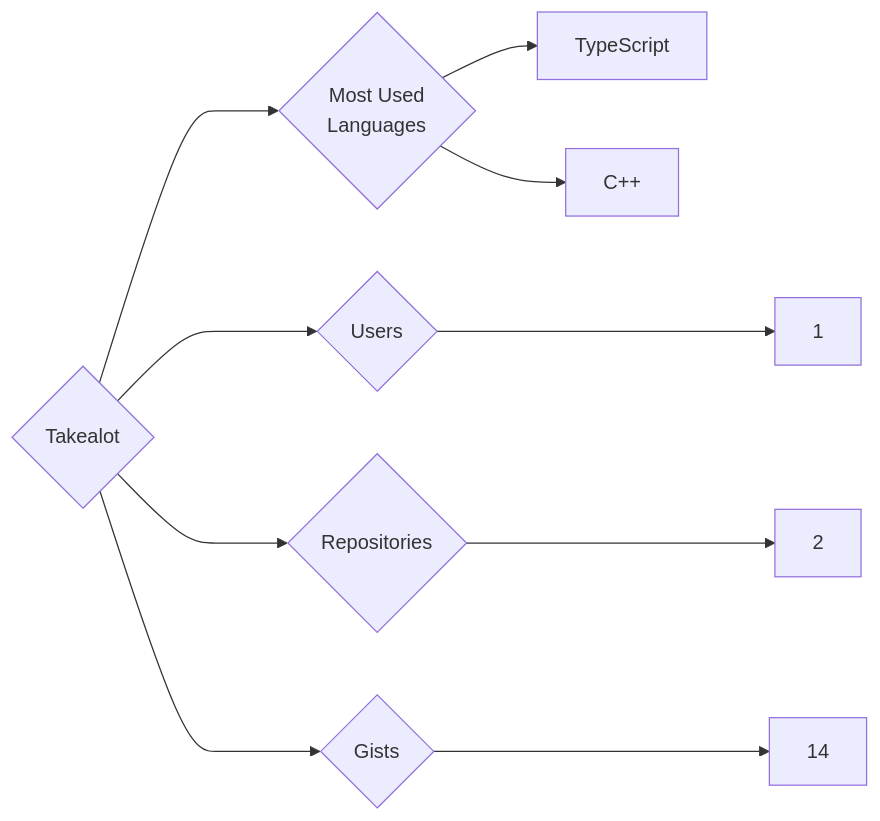
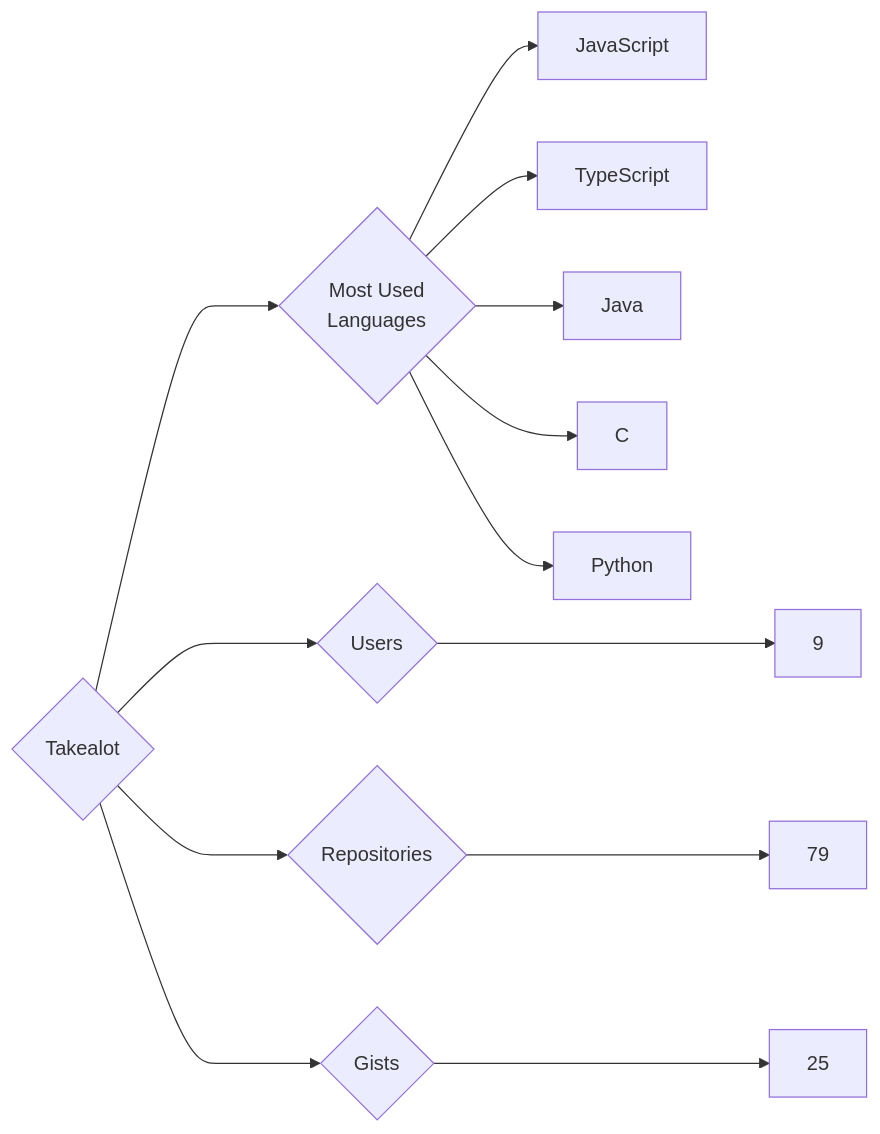
One commit to trickest/insiders changed the diagram in targets/Takealot/README.md. Above: the diagram before and after it, drawn with Mermaid. The commit also changed 912 other files, not shown here.

````diff
--- a/targets/Takealot/README.md
+++ b/targets/Takealot/README.md
@@ -3,10 +3,13 @@
 ```mermaid
 graph LR
 COMPANY_NAME{Takealot}
-COMPANY_NAME ---> U{Users} ---> UN[1]
-COMPANY_NAME ---> R{Repositories} ---> RN[2]
-COMPANY_NAME ---> G{Gists} ---> GN[14]
+COMPANY_NAME ---> U{Users} ---> UN[9]
+COMPANY_NAME ---> R{Repositories} ---> RN[79]
+COMPANY_NAME ---> G{Gists} ---> GN[25]
 COMPANY_NAME ---> ML{Most Used<br>Languages}
+ML --> JavaScript[JavaScript]
 ML --> TypeScript[TypeScript]
-ML --> C++[C++]
+ML --> Java[Java]
+ML --> C[C]
+ML --> Python[Python]
 ```
````
